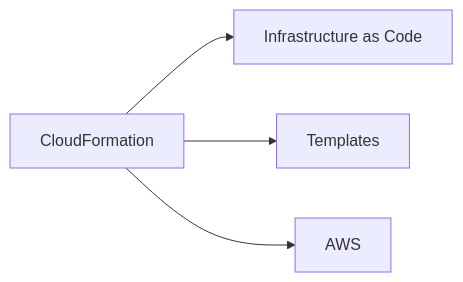
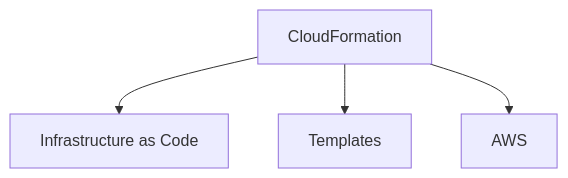
The fifth of 31 diagrams in docs/glossaire/cloud-computing.md (zyrass/omnydocs), drawn with Mermaid before and after one commit. The commit also changed other lines of this file and 1780 other files, not shown here.

````diff
--- a/docs/glossaire/cloud-computing.md
+++ b/docs/glossaire/cloud-computing.md
@@ -104,6 +126,6 @@
-    ```mermaid
-    graph LR
-        A[CloudFormation] --> B[Infrastructure as Code]
-        A --> C[Templates]
-        A --> D[AWS]
-    ```
+```mermaid
+graph TB
+    A[CloudFormation] --> B[Infrastructure as Code]
+    A --> C[Templates]
+    A --> D[AWS]
+```
````
